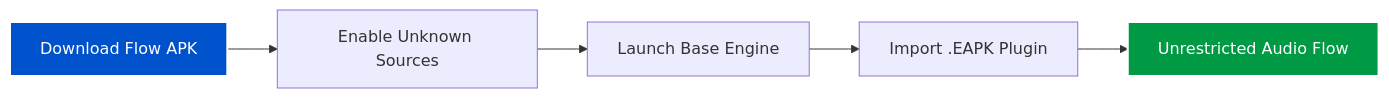
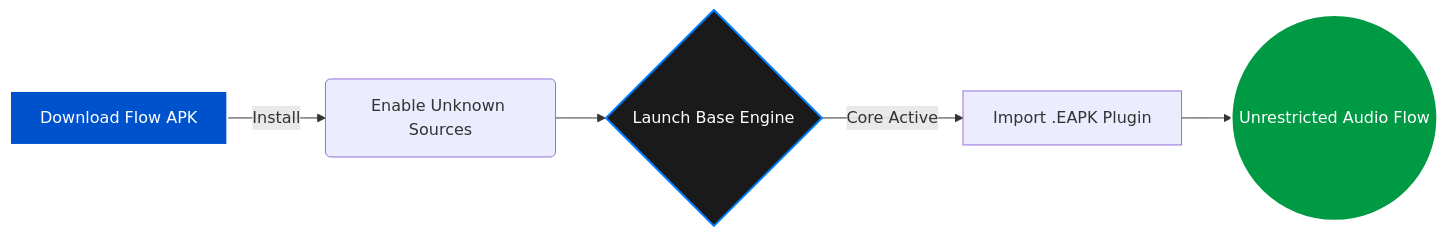
The diagram in README.md (Garvittt-API/Flow-releases), drawn with Mermaid before and after one commit. The commit also changed other lines of this file, not shown here.

````diff
--- a/README.md
+++ b/README.md
@@ -61,10 +61,12 @@
 ```mermaid
 graph LR
-    A[Download Flow APK] --> B[Enable Unknown Sources]
-    B --> C[Launch Base Engine]
-    C --> D[Import .EAPK Plugin]
-    D --> E[Unrestricted Audio Flow]
+    A[Download Flow APK] -->|Install| B(Enable Unknown Sources)
+    B --> C{Launch Base Engine}
+    C -->|Core Active| D[Import .EAPK Plugin]
+    D --> E((Unrestricted Audio Flow))
+    
     style A fill:#0052CC,stroke:#fff,stroke-width:2px,color:#fff
+    style C fill:#1a1a1a,stroke:#007BFF,stroke-width:2px,color:#fff
     style E fill:#009944,stroke:#fff,stroke-width:2px,color:#fff
 
 ```
````
